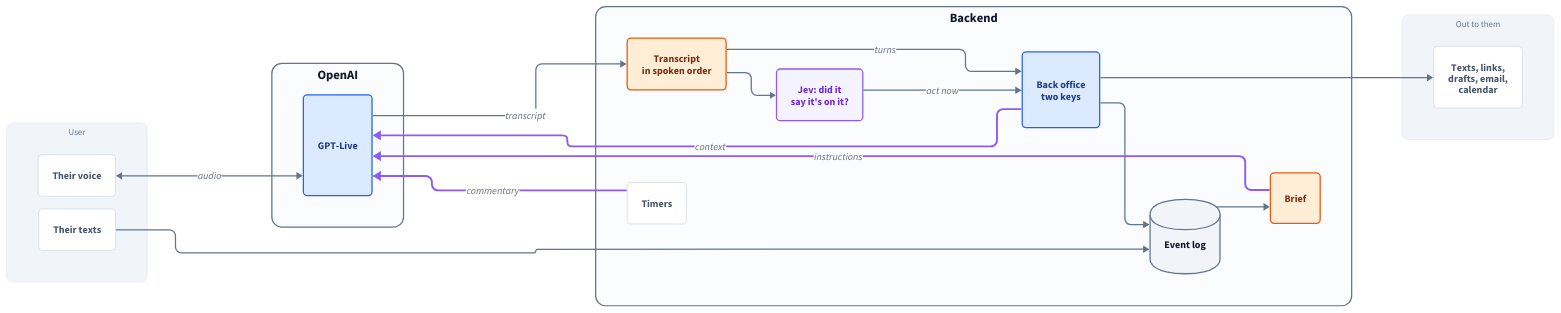
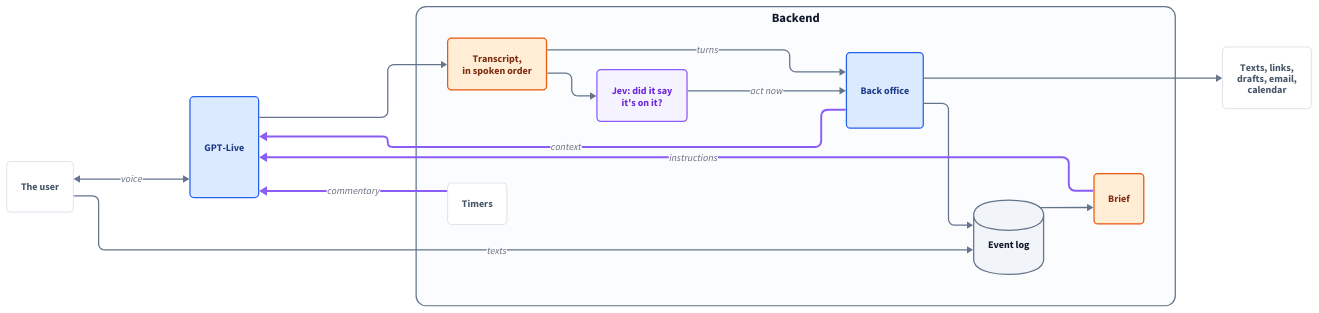
The diagram in docs/diagrams/call-architecture.d2 (scaryjoshie/persona-takehome), drawn with D2 before and after one commit. The commit also changed 5 other files, not shown here.

Commit message:
Diagrams: routing top to bottom (only texts and speech go out), call diagram tightened

```diff
--- a/docs/diagrams/call-architecture.d2
+++ b/docs/diagrams/call-architecture.d2
@@ -1,60 +1,48 @@
 # A call: GPT-Live talks, the back office acts. Render: d2 call-architecture.d2 call-architecture.svg
 # Styling follows cado's tools/depgraph/arch.d2: white leaves on tinted trays, slate edges.
 vars: {
-  d2-config: { layout-engine: elk; theme-id: 0; pad: 60 }
+  d2-config: { layout-engine: elk; theme-id: 0; pad: 40 }
 }
 direction: right
 
 classes: {
   leaf: { style: { fill: "#FFFFFF"; stroke: "#CBD5E1"; stroke-width: 1; border-radius: 6; font-color: "#475569" } }
   flow: { style: { fill: "#FFEDD5"; stroke: "#EA580C"; stroke-width: 2; border-radius: 6; font-color: "#7C2D12"; bold: true } }
   agent: { style: { fill: "#DBEAFE"; stroke: "#2563EB"; stroke-width: 2; border-radius: 6; font-color: "#1E3A8A" } }
   jev: { style: { fill: "#F5F3FF"; stroke: "#8B5CF6"; stroke-width: 2; border-radius: 6; font-color: "#6D28D9"; italic: true } }
   store: { shape: cylinder; style: { fill: "#F1F5F9"; stroke: "#64748B"; stroke-width: 2; font-color: "#0F172A" } }
   domain: { style: { fill: "#FBFCFE"; stroke: "#64748B"; stroke-width: 2; border-radius: 16; font-color: "#0F172A"; bold: true; font-size: 20 } }
-  layer: { style: { fill: "#F1F5F9"; stroke: "#E2E8F0"; stroke-width: 1; border-radius: 10; font-color: "#64748B"; font-size: 14 } }
   wire: { style: { stroke: "#64748B"; stroke-width: 2 } }
   into: { style: { stroke: "#8B5CF6"; stroke-width: 3 } }
 }
 
-user: "User" {
-  class: layer
-  voice: "Their voice" { class: leaf }
-  texts: "Their texts" { class: leaf }
-}
-
-openai: "OpenAI" {
-  class: domain
-  live: "GPT-Live" { class: agent }
-}
+user: "The user" { class: leaf }
+live: "GPT-Live" { class: agent }
 
 backend: "Backend" {
   class: domain
-  transcript: "Transcript\nin spoken order" { class: flow }
-  commit: "Jev: did it\nsay it's on it?" { class: jev }
-  office: "Back office\ntwo keys" { class: agent }
+  transcript: "Transcript,\nin spoken order" { class: flow }
+  commit: "Jev: did it say\nit's on it?" { class: jev }
+  office: "Back office" { class: agent }
   log: "Event log" { class: store }
   brief: "Brief" { class: flow }
   timers: "Timers" { class: leaf }
 
   transcript -> office: "turns" { class: wire }
   transcript -> commit: { class: wire }
   commit -> office: "act now" { class: wire }
   office -> log: { class: wire }
   log -> brief: { class: wire }
 }
 
-google: "Out to them" {
-  class: layer
-  sent: "Texts, links,\ndrafts, email,\ncalendar" { class: leaf }
-}
+sent: "Texts, links,\ndrafts, email,\ncalendar" { class: leaf }
 
-user.voice <-> openai.live: "audio" { class: wire }
-openai.live -> backend.transcript: "transcript" { class: wire }
-user.texts -> backend.log: { class: wire }
-backend.office -> google.sent: { class: wire }
+user <-> live: "voice" { class: wire }
+user -> backend.log: "texts" { class: wire }
+live -> backend.transcript: { class: wire }
+backend.office -> sent: { class: wire }
 
-# written live <- source so the layout keeps the voice between the user and the backend
-openai.live <- backend.brief: "instructions" { class: into }
-openai.live <- backend.office: "context" { class: into }
-openai.live <- backend.timers: "commentary" { class: into }
+# written live <- source so the voice stays between the user and the backend
+live <- backend.brief: "instructions" { class: into }
+live <- backend.office: "context" { class: into }
+live <- backend.timers: "commentary" { class: into }
```
